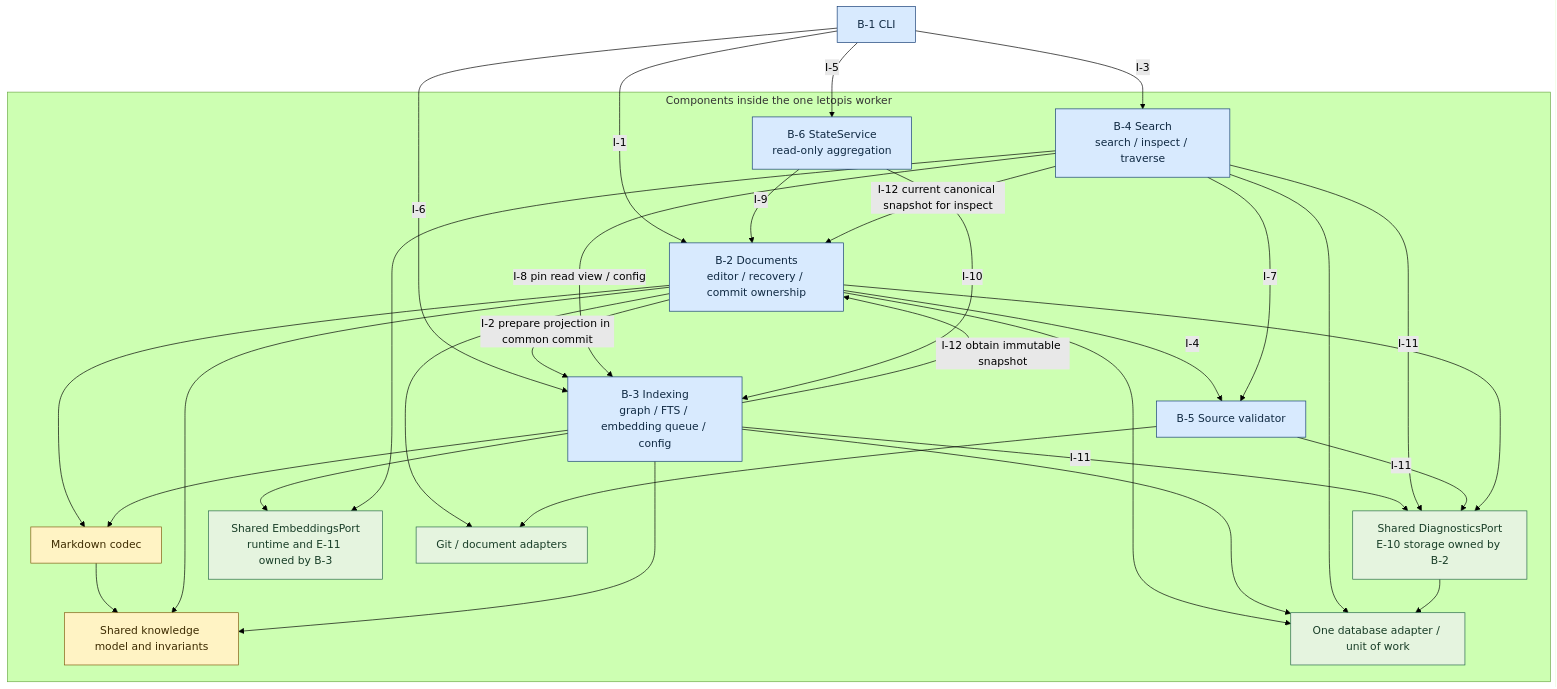
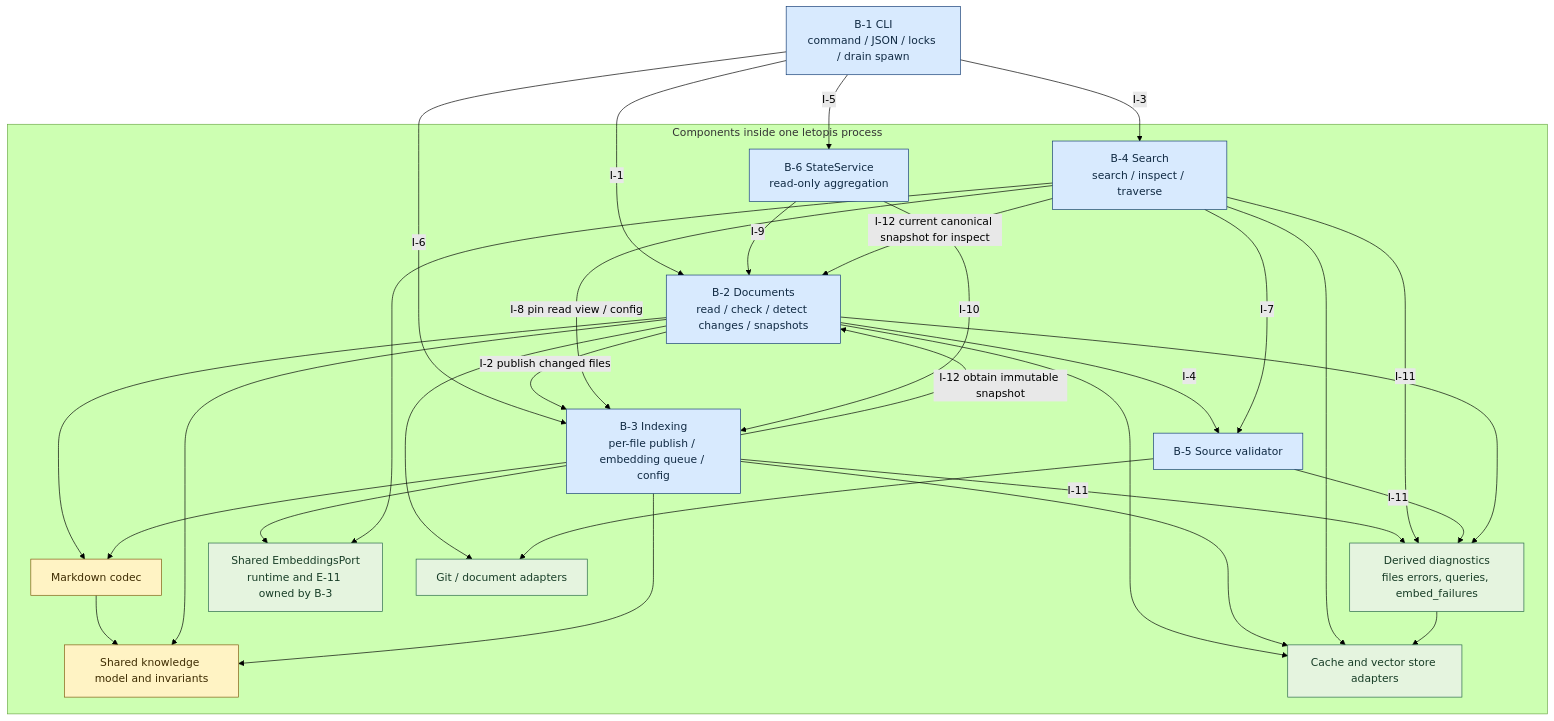
The diagram in docs/zkit/letopis/diagrams/architecture-components.mmd (zdkadiev/letopis), drawn with Mermaid (forest theme) before and after one commit. The commit also changed 94 other files, not shown here.

Commit message:
docs: align Letopis design and roadmap with D-91 through D-95

```diff
--- a/docs/zkit/letopis/diagrams/architecture-components.mmd
+++ b/docs/zkit/letopis/diagrams/architecture-components.mmd
@@ -1,50 +1,50 @@
 flowchart TB
-    B1["B-1 CLI"]
-    subgraph Worker["Components inside the one letopis worker"]
-        B2["B-2 Documents<br/>editor / recovery / commit ownership"]
-        B3["B-3 Indexing<br/>graph / FTS / embedding queue / config"]
+    B1["B-1 CLI<br/>command / JSON / locks / drain spawn"]
+    subgraph Proc["Components inside one letopis process"]
+        B2["B-2 Documents<br/>read / check / detect changes / snapshots"]
+        B3["B-3 Indexing<br/>per-file publish / embedding queue / config"]
         B4["B-4 Search<br/>search / inspect / traverse"]
         B5["B-5 Source validator"]
         B6["B-6 StateService<br/>read-only aggregation"]
         Domain["Shared knowledge model and invariants"]
         Codec["Markdown codec"]
-        Diag["Shared DiagnosticsPort<br/>E-10 storage owned by B-2"]
+        Diag["Derived diagnostics<br/>files errors, queries, embed_failures"]
         Embed["Shared EmbeddingsPort<br/>runtime and E-11 owned by B-3"]
-        Store["One database adapter / unit of work"]
+        Store["Cache and vector store adapters"]
         GitPort["Git / document adapters"]
     end
     B1 -->|"I-1"| B2
     B1 -->|"I-3"| B4
     B1 -->|"I-5"| B6
     B1 -->|"I-6"| B3
-    B2 -->|"I-2 prepare projection in common commit"| B3
+    B2 -->|"I-2 publish changed files"| B3
     B2 -->|"I-4"| B5
     B4 -->|"I-7"| B5
     B4 -->|"I-8 pin read view / config"| B3
     B6 -->|"I-9"| B2
     B6 -->|"I-10"| B3
     B3 -->|"I-12 obtain immutable snapshot"| B2
     B4 -->|"I-12 current canonical snapshot for inspect"| B2
     B3 -->|"I-11"| Diag
     B4 -->|"I-11"| Diag
     B5 -->|"I-11"| Diag
     B2 --> Diag
     B2 --> Codec
     B3 --> Codec
     Codec --> Domain
     B2 --> Domain
     B3 --> Domain
     B3 --> Embed
     B4 --> Embed
     B2 --> Store
     B3 --> Store
     B4 --> Store
     Diag --> Store
     B2 --> GitPort
     B5 --> GitPort
     classDef primary fill:#d8eafe,stroke:#153e75,color:#102a43
     classDef port fill:#e5f4df,stroke:#276749,color:#183d27
     classDef domain fill:#fff3c4,stroke:#805b10,color:#3d2b00
     class B1,B2,B3,B4,B5,B6 primary
     class Diag,Embed,Store,GitPort port
     class Domain,Codec domain
```
